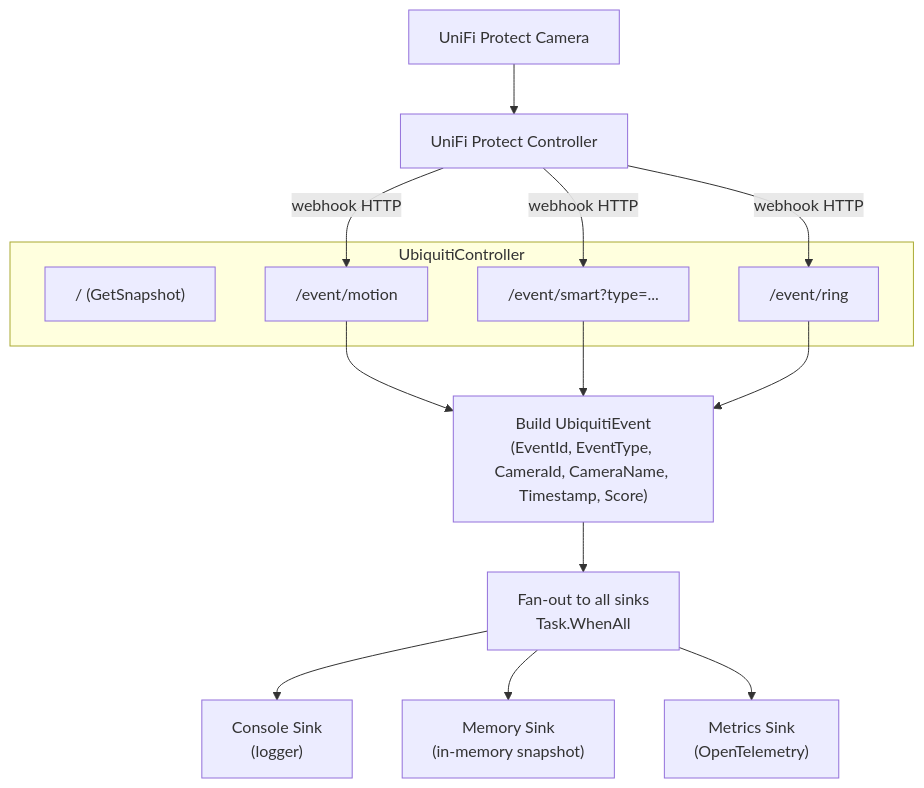
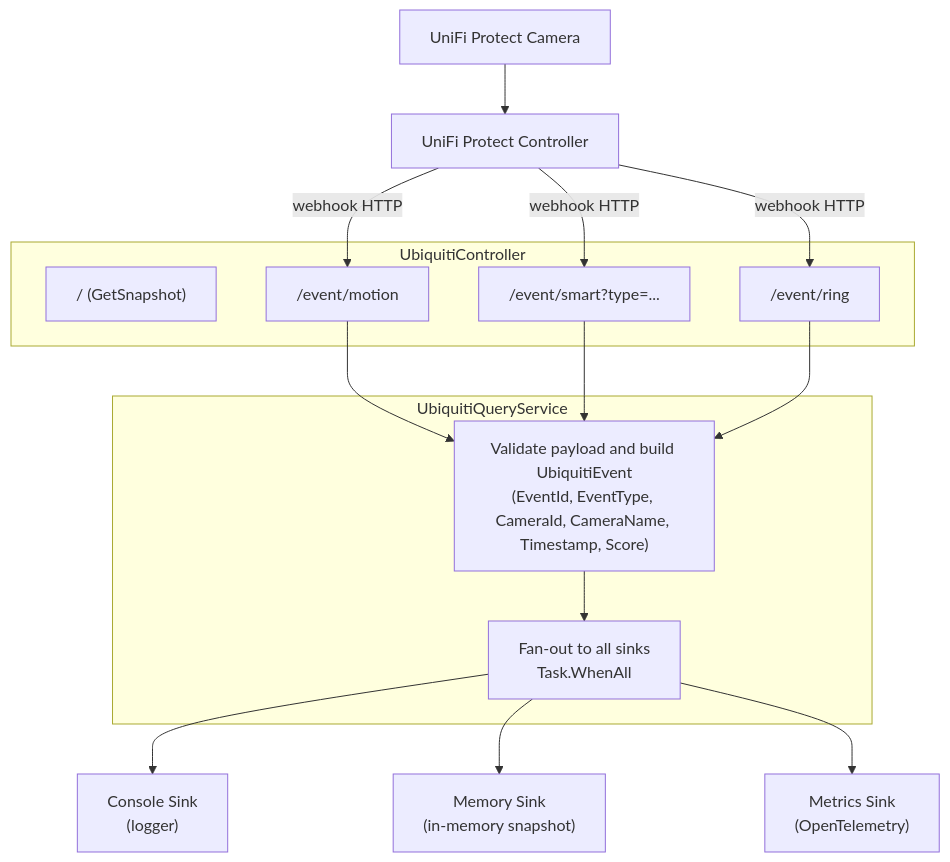
The diagram in src/CasCap.Api.Ubiquiti/README.md (f2calv/SmartHaus), drawn with Mermaid before and after one commit. The commit also changed other lines of this file and 8 other files, not shown here.

First line of the commit message:
refactor(webapi): move camera webhook handling into the service

````diff
--- a/src/CasCap.Api.Ubiquiti/README.md
+++ b/src/CasCap.Api.Ubiquiti/README.md
@@ -49,31 +57,33 @@
 ```mermaid
 flowchart TD
     CAMERA["UniFi Protect Camera"]
     CONTROLLER["UniFi Protect Controller"]
 
     subgraph WebApi["UbiquitiController"]
         SNAPSHOT["/  (GetSnapshot)"]
         MOTION["/event/motion"]
         SMART["/event/smart?type=..."]
         RING["/event/ring"]
     end
 
-    BUILD["Build UbiquitiEvent\n(EventId, EventType, CameraId, CameraName, Timestamp, Score)"]
-    DISPATCH["Fan-out to all sinks\nTask.WhenAll"]
+    subgraph QueryService["UbiquitiQueryService"]
+        BUILD["Validate payload and build UbiquitiEvent\n(EventId, EventType, CameraId, CameraName, Timestamp, Score)"]
+        DISPATCH["Fan-out to all sinks\nTask.WhenAll"]
+    end
 
     SINK_CONSOLE["Console Sink\n(logger)"]
     SINK_MEMORY["Memory Sink\n(in-memory snapshot)"]
     SINK_METRICS["Metrics Sink\n(OpenTelemetry)"]
 
     CAMERA --> CONTROLLER
     CONTROLLER -->|webhook HTTP| MOTION
     CONTROLLER -->|webhook HTTP| SMART
     CONTROLLER -->|webhook HTTP| RING
     MOTION --> BUILD
     SMART --> BUILD
     RING --> BUILD
     BUILD --> DISPATCH
     DISPATCH --> SINK_CONSOLE
     DISPATCH --> SINK_MEMORY
     DISPATCH --> SINK_METRICS
 ```
````
